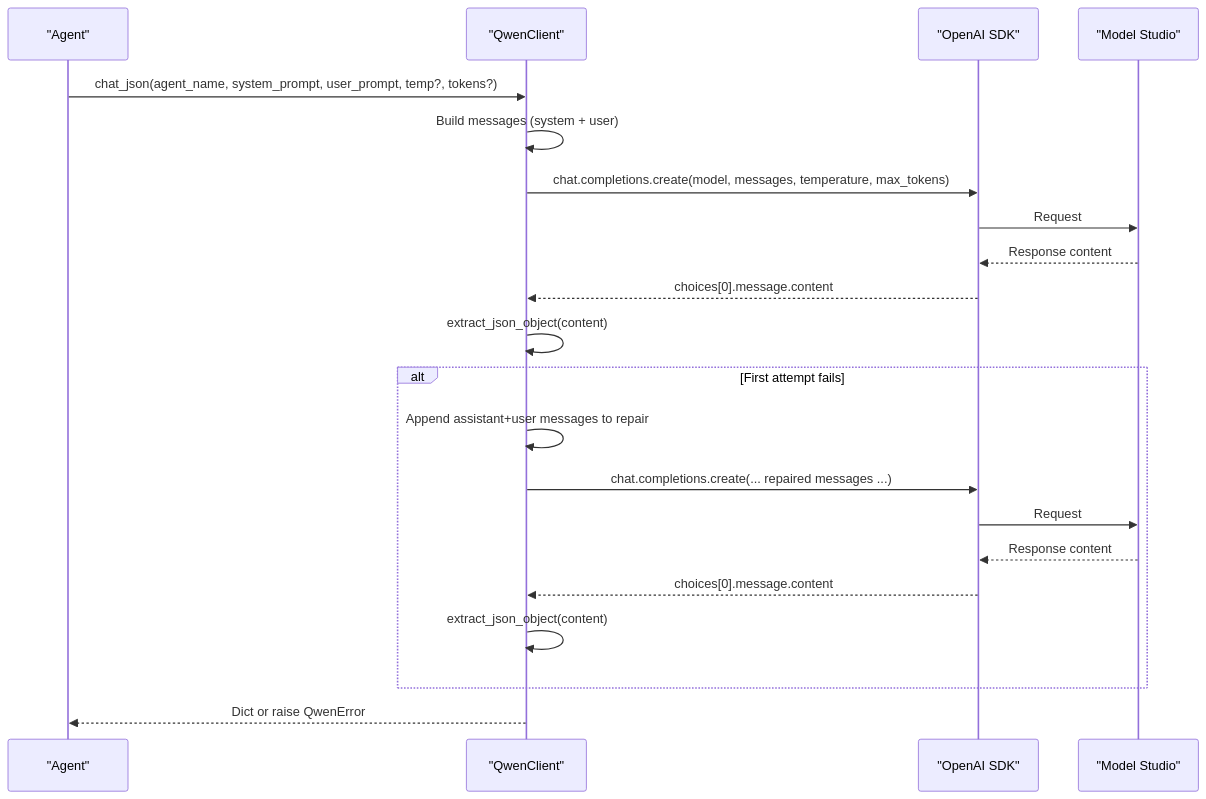
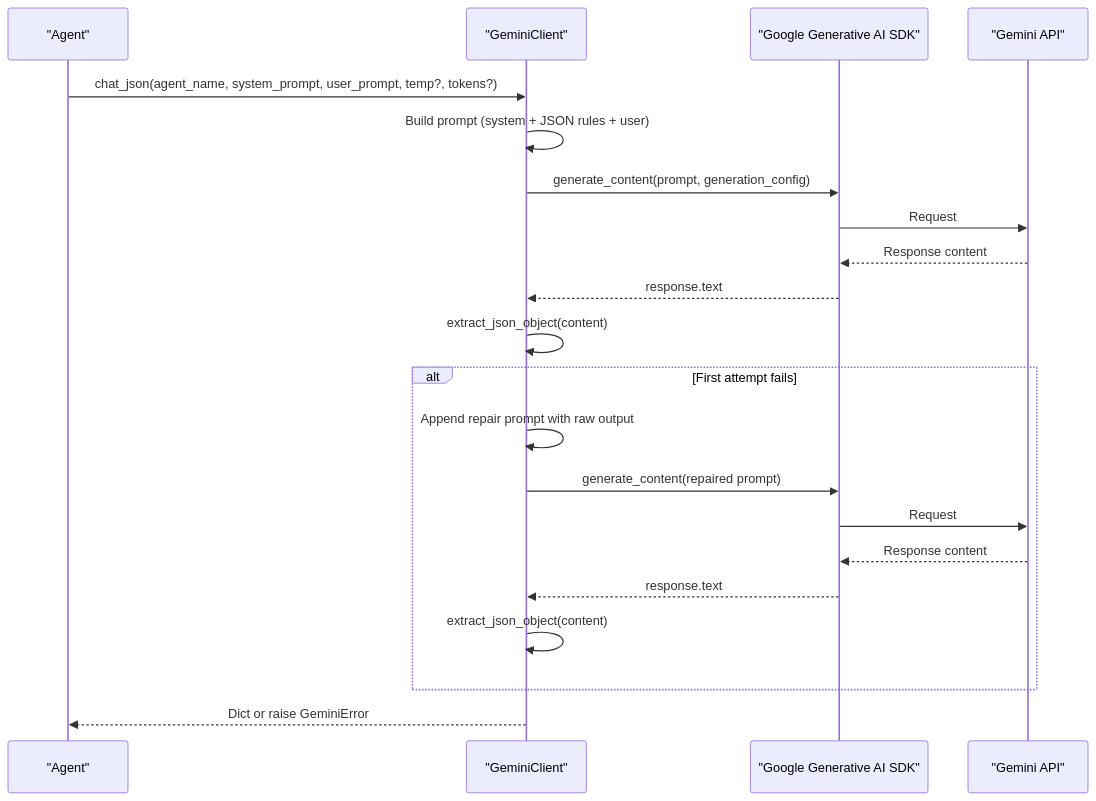
Before and after one commit to waqarimran342/CareerOS-AI: the fifth of 7 diagrams in .qoder/repowiki/en/content/External Integrations/Qwen LLM Integration.md, drawn with Mermaid. The commit also changed other lines of this file and 32 other files, not shown here.

````diff
--- a/.qoder/repowiki/en/content/External Integrations/Qwen LLM Integration.md
+++ b/.qoder/repowiki/en/content/External Integrations/Qwen LLM Integration.md
@@ -199,23 +205,23 @@
 ```mermaid
 sequenceDiagram
 participant Caller as "Agent"
-participant QC as "QwenClient"
-participant OA as "OpenAI SDK"
-participant QS as "Model Studio"
-Caller->>QC : chat_json(agent_name, system_prompt, user_prompt, temp?, tokens?)
-QC->>QC : Build messages (system + user)
-QC->>OA : chat.completions.create(model, messages, temperature, max_tokens)
-OA->>QS : Request
-QS-->>OA : Response content
-OA-->>QC : choices[0].message.content
-QC->>QC : extract_json_object(content)
+participant GC as "GeminiClient"
+participant GA as "Google Generative AI SDK"
+participant GM as "Gemini API"
+Caller->>GC : chat_json(agent_name, system_prompt, user_prompt, temp?, tokens?)
+GC->>GC : Build prompt (system + JSON rules + user)
+GC->>GA : generate_content(prompt, generation_config)
+GA->>GM : Request
+GM-->>GA : Response content
+GA-->>GC : response.text
+GC->>GC : extract_json_object(content)
 alt First attempt fails
-QC->>QC : Append assistant+user messages to repair
-QC->>OA : chat.completions.create(... repaired messages ...)
-OA->>QS : Request
-QS-->>OA : Response content
-OA-->>QC : choices[0].message.content
-QC->>QC : extract_json_object(content)
+GC->>GC : Append repair prompt with raw output
+GC->>GA : generate_content(repaired prompt)
+GA->>GM : Request
+GM-->>GA : Response content
+GA-->>GC : response.text
+GC->>GC : extract_json_object(content)
 end
-QC-->>Caller : Dict or raise QwenError
+GC-->>Caller : Dict or raise GeminiError
 ```
````
